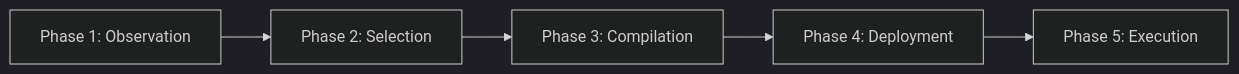
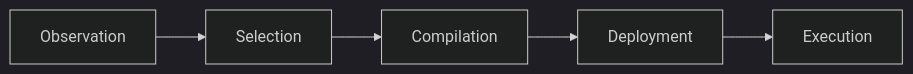
One commit to ankitkpandey1/pyaot changed the diagram in README.md. Above: the diagram before and after it, drawn with Mermaid (dark theme). The commit also changed other lines of this file and 7 other files, not shown here.

````diff
--- a/README.md
+++ b/README.md
@@ -213,7 +213,7 @@
 ```mermaid
 graph LR
-    A[Phase 1: Observation] --> B[Phase 2: Selection]
-    B --> C[Phase 3: Compilation]
-    C --> D[Phase 4: Deployment]
-    D --> E[Phase 5: Execution]
+    A[Observation] --> B[Selection]
+    B --> C[Compilation]
+    C --> D[Deployment]
+    D --> E[Execution]
 ```
````
